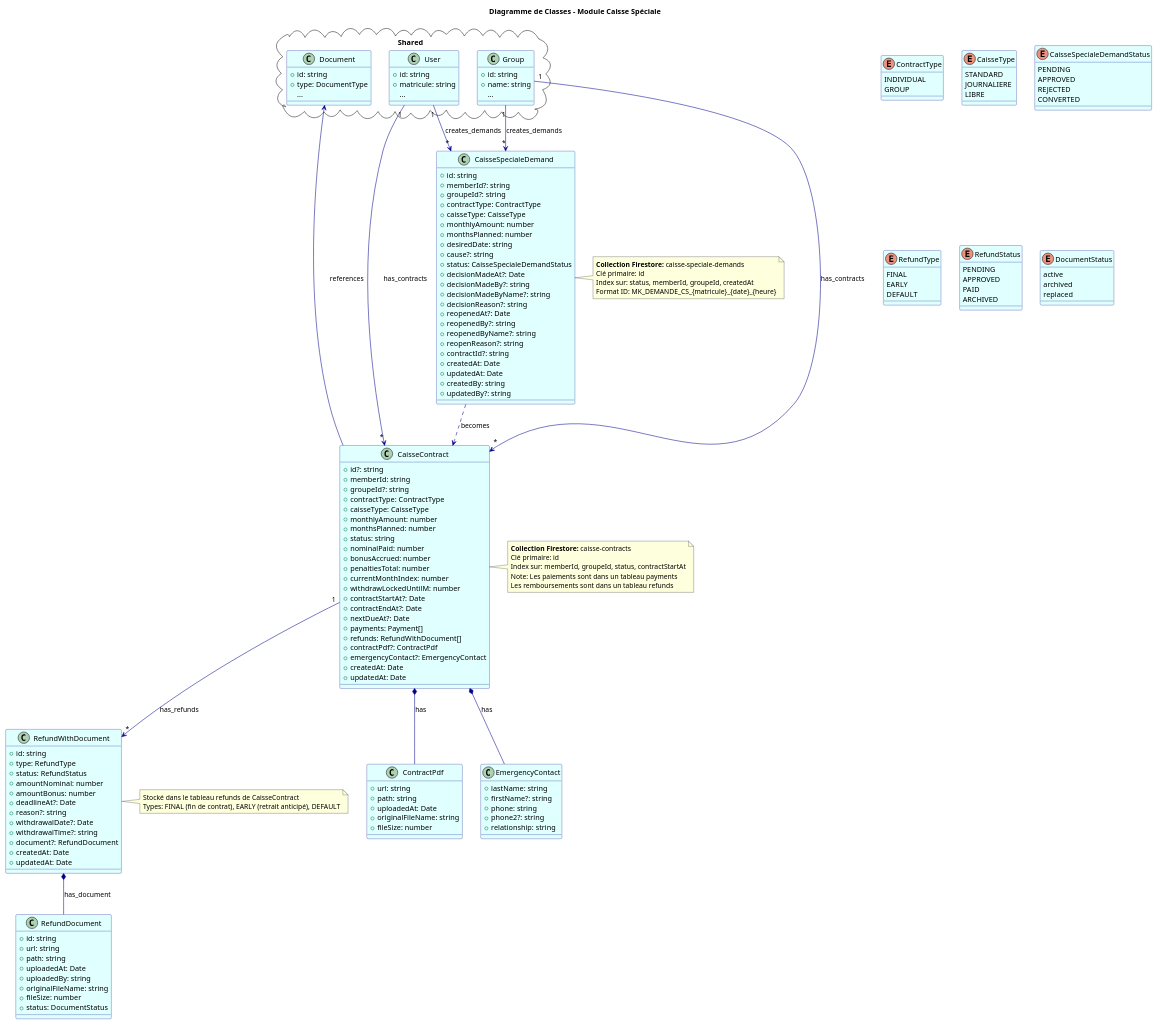
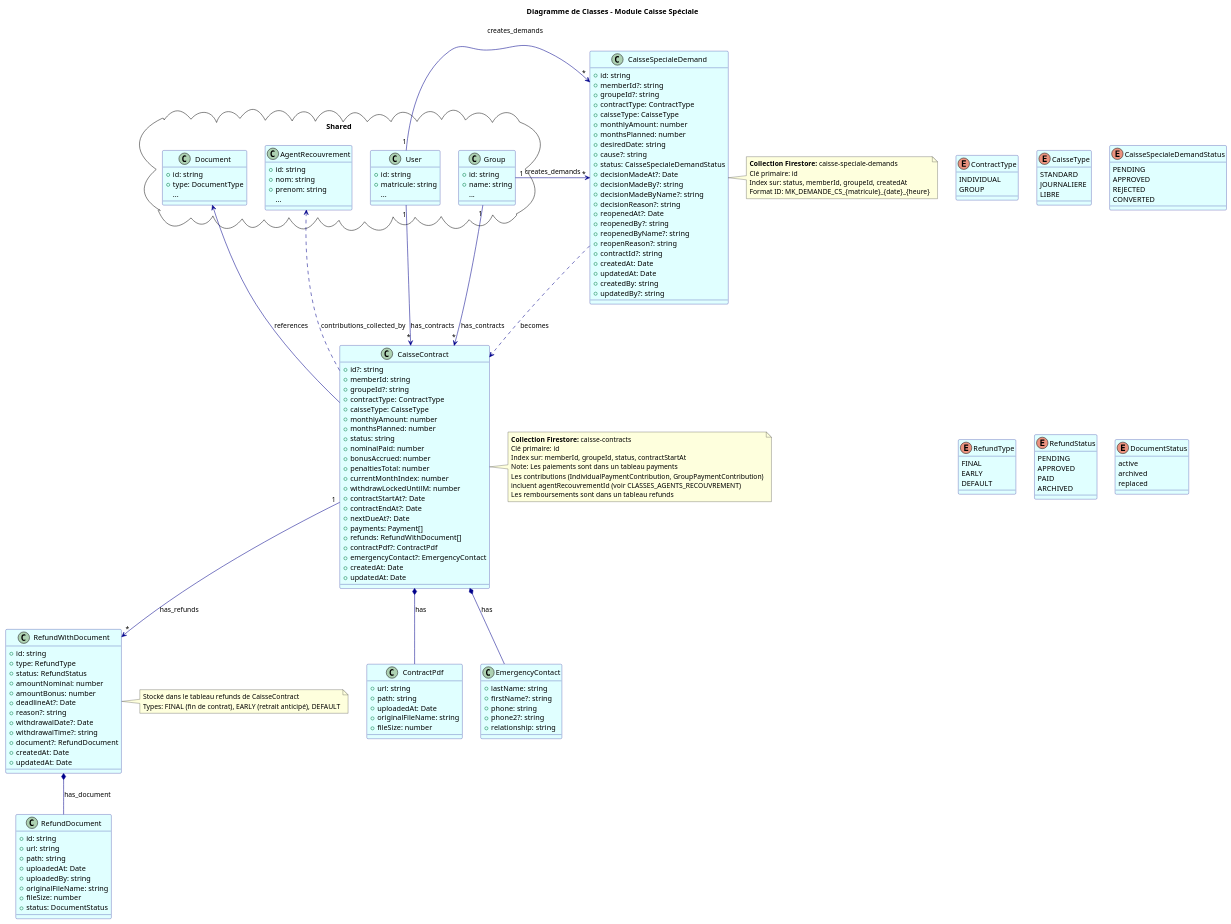
The diagram in documentation/uml/classes/CLASSES_CAISSE_SPECIALE.puml (GlennEriss/kara-client-front), drawn with PlantUML before and after one commit. The commit also changed 54 other files, not shown here.

First line of the commit message:
feat(agents-recouvrement): implement Firestore rules and indexing for agents management

```diff
--- a/documentation/uml/classes/CLASSES_CAISSE_SPECIALE.puml
+++ b/documentation/uml/classes/CLASSES_CAISSE_SPECIALE.puml
@@ -27,6 +27,13 @@
   class Group {
     + id: string
     + name: string
+    ...
+  }
+  
+  class AgentRecouvrement {
+    + id: string
+    + nom: string
+    + prenom: string
     ...
   }
 }
@@ -216,11 +223,16 @@
 ' CaisseSpecialeDemand référence Group (optionnel, agrégation)
 Group "1" --> "*" CaisseSpecialeDemand : creates_demands
 
+' CaisseContract payments/contributions référencent AgentRecouvrement
+CaisseContract ..> AgentRecouvrement : contributions_collected_by
+
 note right of CaisseContract
   **Collection Firestore:** caisse-contracts
   Clé primaire: id
   Index sur: memberId, groupeId, status, contractStartAt
   Note: Les paiements sont dans un tableau payments
+  Les contributions (IndividualPaymentContribution, GroupPaymentContribution)
+  incluent agentRecouvrementId (voir CLASSES_AGENTS_RECOUVREMENT)
   Les remboursements sont dans un tableau refunds
 end note
 
```
